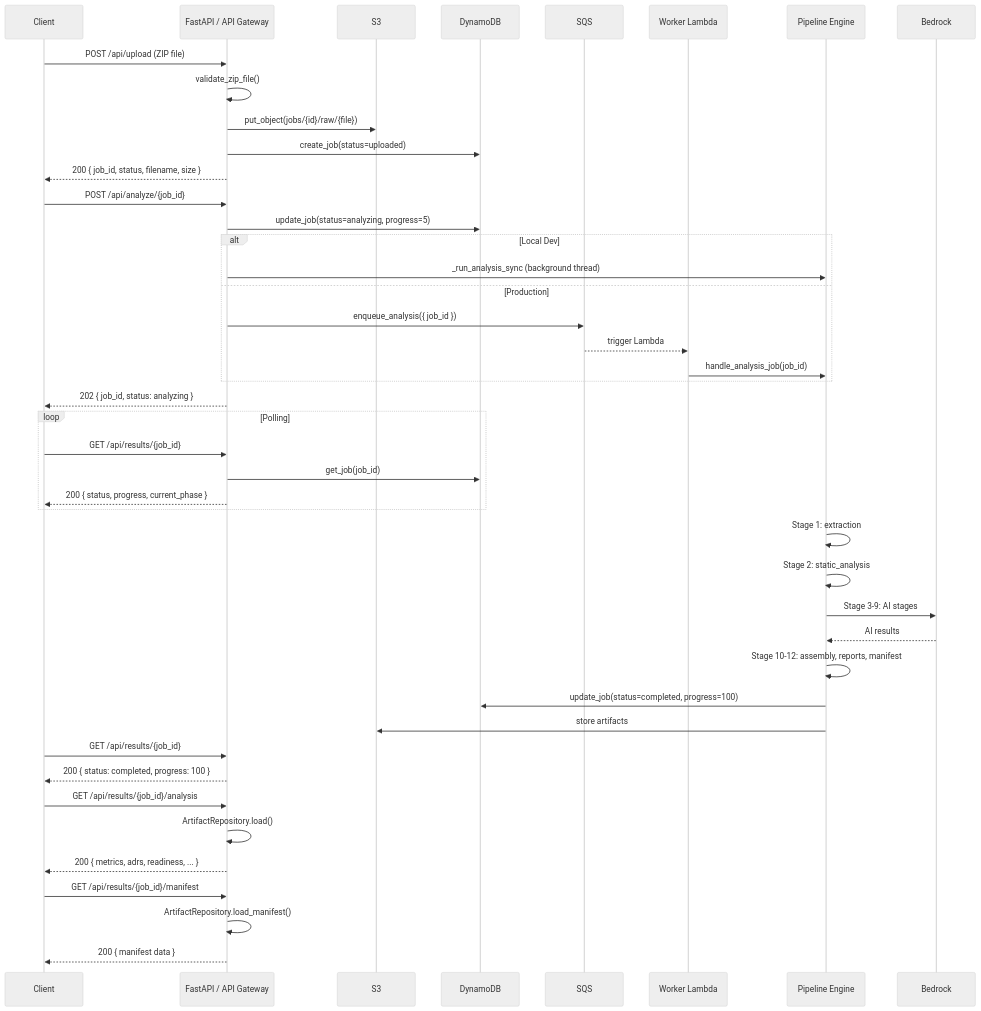
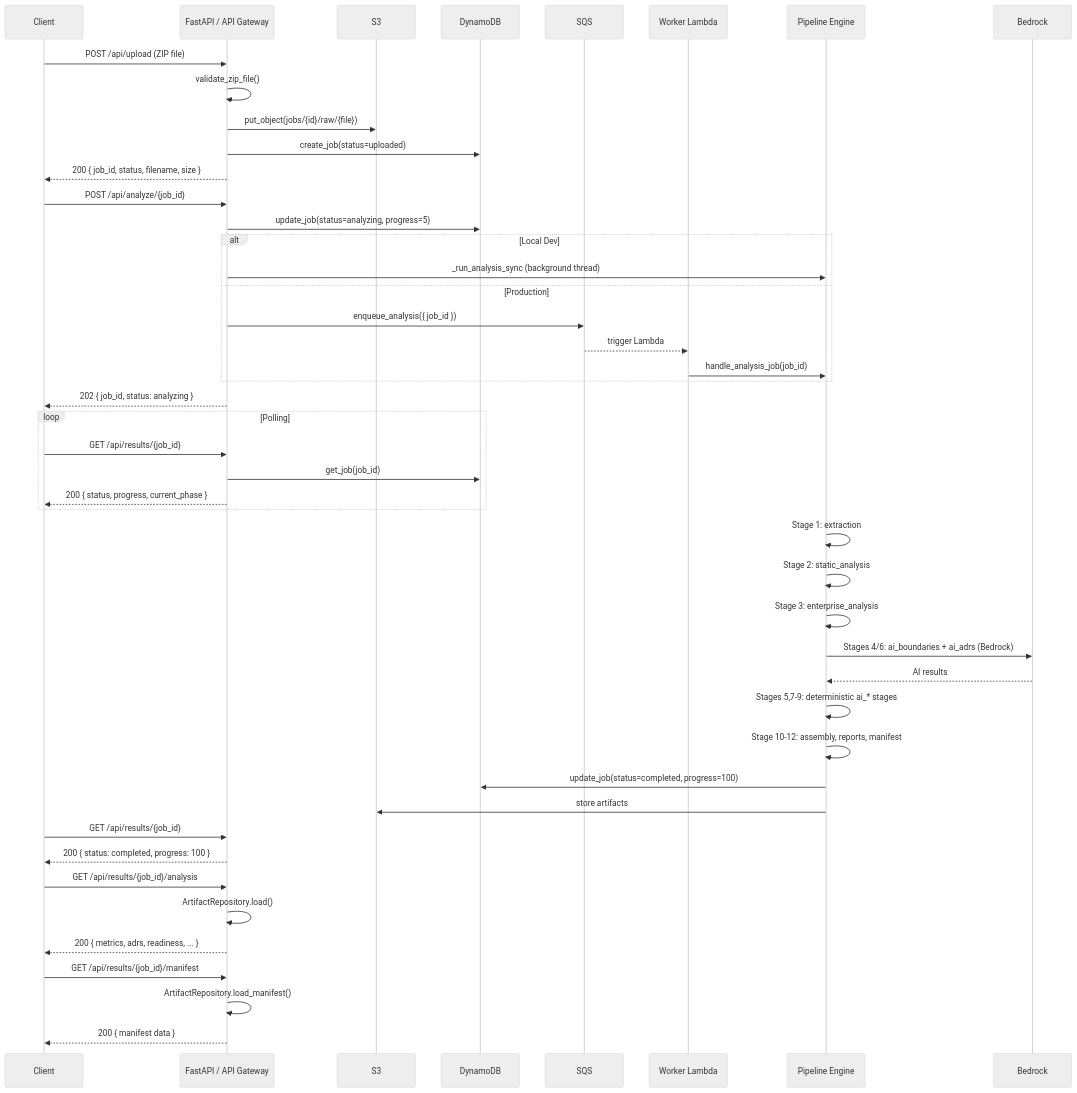
One commit to ranjay24/Enterprise_Modernization_Intelligent_Platform changed the diagram in docs/06_API_REFERENCE.md. Above: the diagram before and after it, drawn with Mermaid (neutral theme). The commit also changed 2543 other files, not shown here.

````diff
--- a/docs/06_API_REFERENCE.md
+++ b/docs/06_API_REFERENCE.md
@@ -497,53 +497,55 @@
 ```mermaid
 sequenceDiagram
     participant Client
     participant API as FastAPI / API Gateway
     participant S3
     participant DDB as DynamoDB
     participant SQS
     participant Worker as Worker Lambda
     participant Pipeline as Pipeline Engine
     participant Bedrock
 
     Client->>API: POST /api/upload (ZIP file)
     API->>API: validate_zip_file()
     API->>S3: put_object(jobs/{id}/raw/{file})
     API->>DDB: create_job(status=uploaded)
     API-->>Client: 200 { job_id, status, filename, size }
 
     Client->>API: POST /api/analyze/{job_id}
     API->>DDB: update_job(status=analyzing, progress=5)
     alt Local Dev
         API->>Pipeline: _run_analysis_sync (background thread)
     else Production
         API->>SQS: enqueue_analysis({ job_id })
         SQS-->>Worker: trigger Lambda
         Worker->>Pipeline: handle_analysis_job(job_id)
     end
     API-->>Client: 202 { job_id, status: analyzing }
 
     loop Polling
         Client->>API: GET /api/results/{job_id}
         API->>DDB: get_job(job_id)
         API-->>Client: 200 { status, progress, current_phase }
     end
 
     Pipeline->>Pipeline: Stage 1: extraction
     Pipeline->>Pipeline: Stage 2: static_analysis
-    Pipeline->>Bedrock: Stage 3-9: AI stages
+    Pipeline->>Pipeline: Stage 3: enterprise_analysis
+    Pipeline->>Bedrock: Stages 4/6: ai_boundaries + ai_adrs (Bedrock)
     Bedrock-->>Pipeline: AI results
+    Pipeline->>Pipeline: Stages 5,7-9: deterministic ai_* stages
     Pipeline->>Pipeline: Stage 10-12: assembly, reports, manifest
     Pipeline->>DDB: update_job(status=completed, progress=100)
     Pipeline->>S3: store artifacts
 
     Client->>API: GET /api/results/{job_id}
     API-->>Client: 200 { status: completed, progress: 100 }
 
     Client->>API: GET /api/results/{job_id}/analysis
     API->>API: ArtifactRepository.load()
     API-->>Client: 200 { metrics, adrs, readiness, ... }
 
     Client->>API: GET /api/results/{job_id}/manifest
     API->>API: ArtifactRepository.load_manifest()
     API-->>Client: 200 { manifest data }
 ```
````
